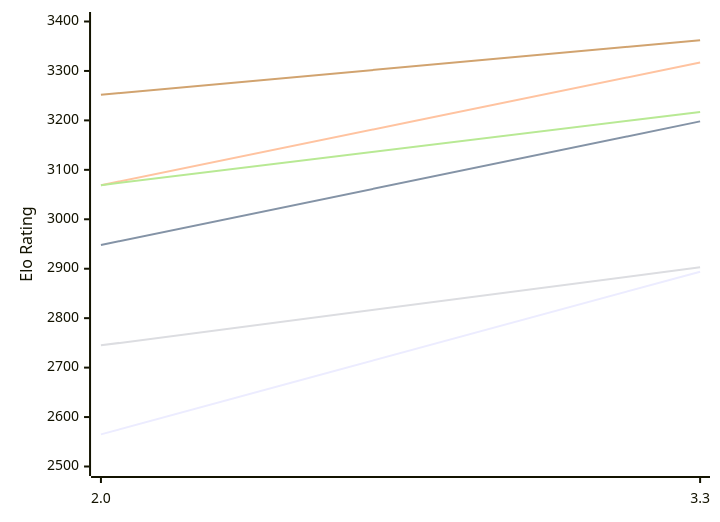
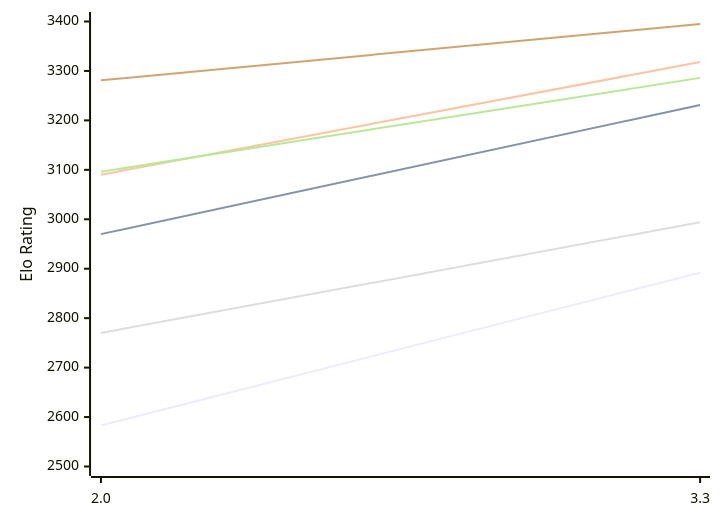
One commit to computer-chess-index/cci changed the first of 2 diagrams in engines/Ceylondemon.md. Above: the diagram before and after it, drawn with Mermaid. The commit also changed other lines of this file, not shown here.

Commit message:
Update CCI Ratings (ELO VLTC) - 2026-10-20

````diff
--- a/engines/Ceylondemon.md
+++ b/engines/Ceylondemon.md
@@ -50,12 +50,12 @@
 ```mermaid
 %%{init: {"theme":"base","themeVariables":{"seriesColors:['#a3a3a3','#222221','#faa371']}}}%%
 xychart-beta
   x-axis ["2.0", "3.3"]
   y-axis "Elo Rating" 2500 --> 3400
-  line "E1: STC (8.0+0.08s)" [2565, 2894]
-  line "E1: LTC (60.0+0.60s)" [2948, 3198]
-  line "E1: VLTC (2m24s+1.12s)" [3069, 3317]
-  line "P1: STC (8.0+0.08s)" [2745, 2903]
-  line "P1: LTC (60.0+0.60s)" [3069, 3217]
-  line "P1: VLTC (2m24s+1.12s)" [3252, 3362]
+  line "E1: STC (8.0+0.08s)" [2583, 2892]
+  line "E1: LTC (60.0+0.60s)" [2970, 3231]
+  line "E1: VLTC (2m24s+1.12s)" [3090, 3318]
+  line "P1: STC (8.0+0.08s)" [2770, 2994]
+  line "P1: LTC (60.0+0.60s)" [3096, 3286]
+  line "P1: VLTC (2m24s+1.12s)" [3281, 3395]
 ```
````
